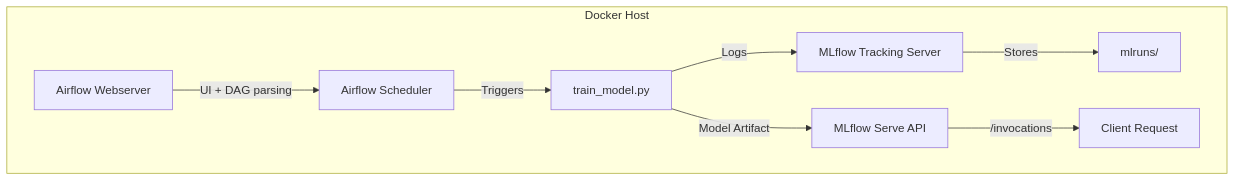
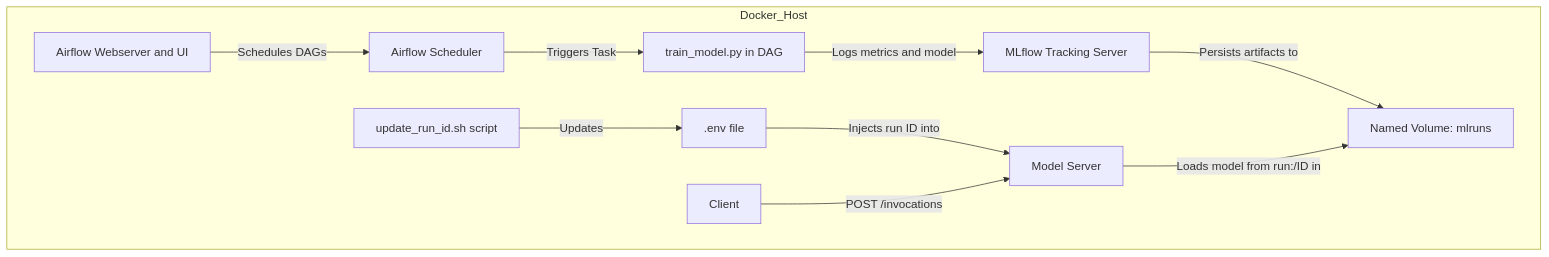
Before and after one commit to nikhil-tibrewal/mlops_pipeline: the diagram in README.md, drawn with Mermaid. The commit also changed other lines of this file and 1 other file, not shown here.

````diff
--- a/README.md
+++ b/README.md
@@ -17,11 +17,13 @@
 ```mermaid
 graph TD
-  subgraph Docker Host
-    A[Airflow Webserver] -->|UI + DAG parsing| B[Airflow Scheduler]
-    B -->|Triggers| C[train_model.py]
-    C -->|Logs| D[MLflow Tracking Server]
-    D -->|Stores| E[mlruns/]
-    C -->|Model Artifact| F[MLflow Serve API]
-    F -->|/invocations| G[Client Request]
+  subgraph Docker_Host
+    A[Airflow Webserver and UI] -->|Schedules DAGs| B[Airflow Scheduler]
+    B -->|Triggers Task| C[train_model.py in DAG]
+    C -->|Logs metrics and model| D[MLflow Tracking Server]
+    D -->|Persists artifacts to| E[Named Volume: mlruns]
+    G[update_run_id.sh script] -->|Updates| H[.env file]
+    H -->|Injects run ID into| F[Model Server]
+    F -->|Loads model from run:/ID in| E
+    I[Client] -->|POST /invocations| F
   end
 ```
````
